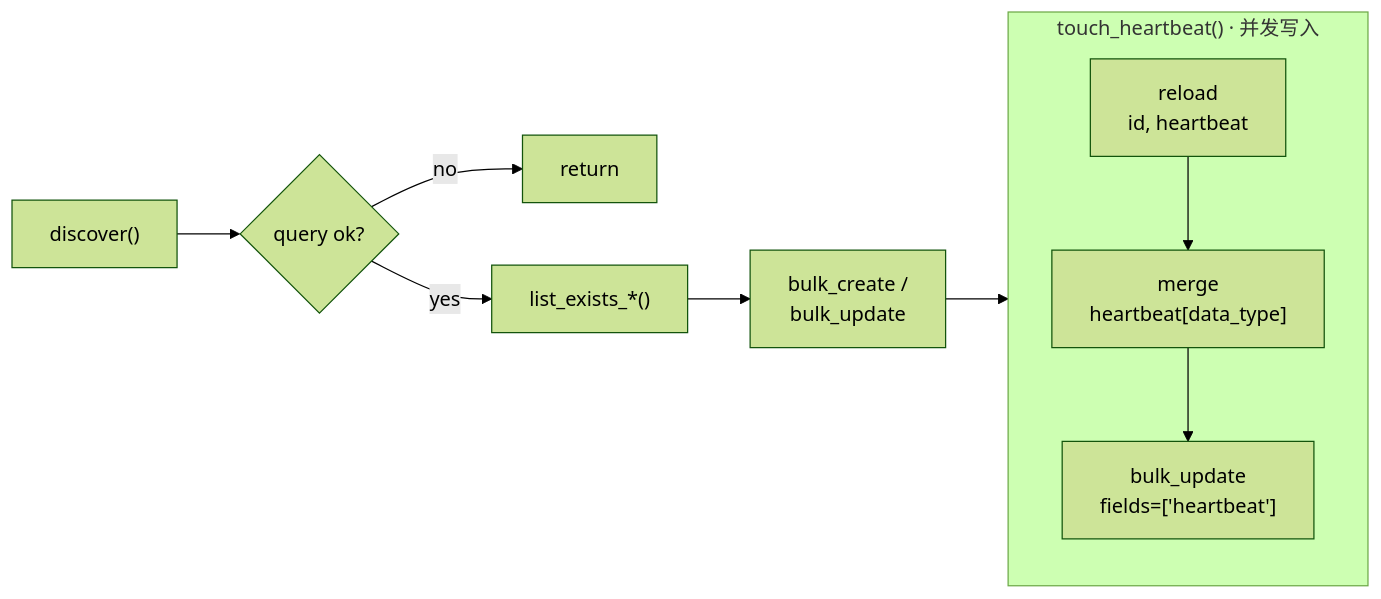
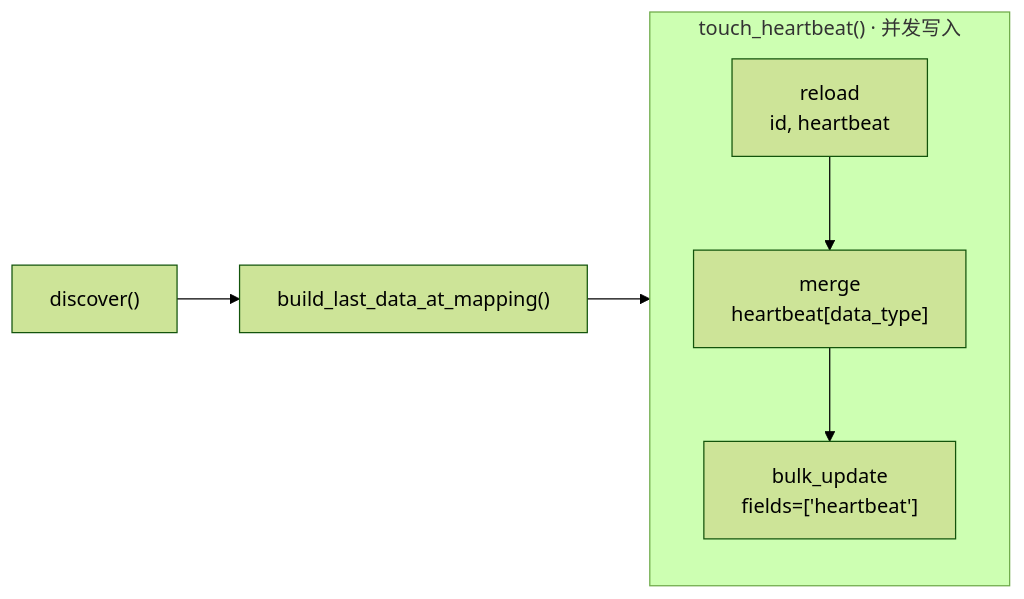
Before and after one commit to ZhuoZhuoCrayon/ai-workspace: the second of 3 diagrams in knowledge/bkmonitor/issues/2026-09-16-apm-service-data-status-heartbeat/PLAN.md, drawn with Mermaid (forest theme). The commit also changed other lines of this file and 4 other files, not shown here.

````diff
--- a/knowledge/bkmonitor/issues/2026-09-16-apm-service-data-status-heartbeat/PLAN.md
+++ b/knowledge/bkmonitor/issues/2026-09-16-apm-service-data-status-heartbeat/PLAN.md
@@ -220,14 +185,11 @@
 ```mermaid
 flowchart LR
-    A["discover()"] --> B{"query ok?"}
-    B -- no --> X["return"]
-    B -- yes --> C["list_exists_*()"]
-    C --> D["bulk_create /<br/>bulk_update"]
-    D --> E
+    A["discover()"] --> B["build_last_data_at_mapping()"]
+    B --> E
 
     subgraph T["touch_heartbeat() · 并发写入"]
         direction TB
         E["reload<br/>id, heartbeat"] --> F["merge<br/>heartbeat[data_type]"]
         F --> G["bulk_update<br/>fields=['heartbeat']"]
     end
 ```
````
